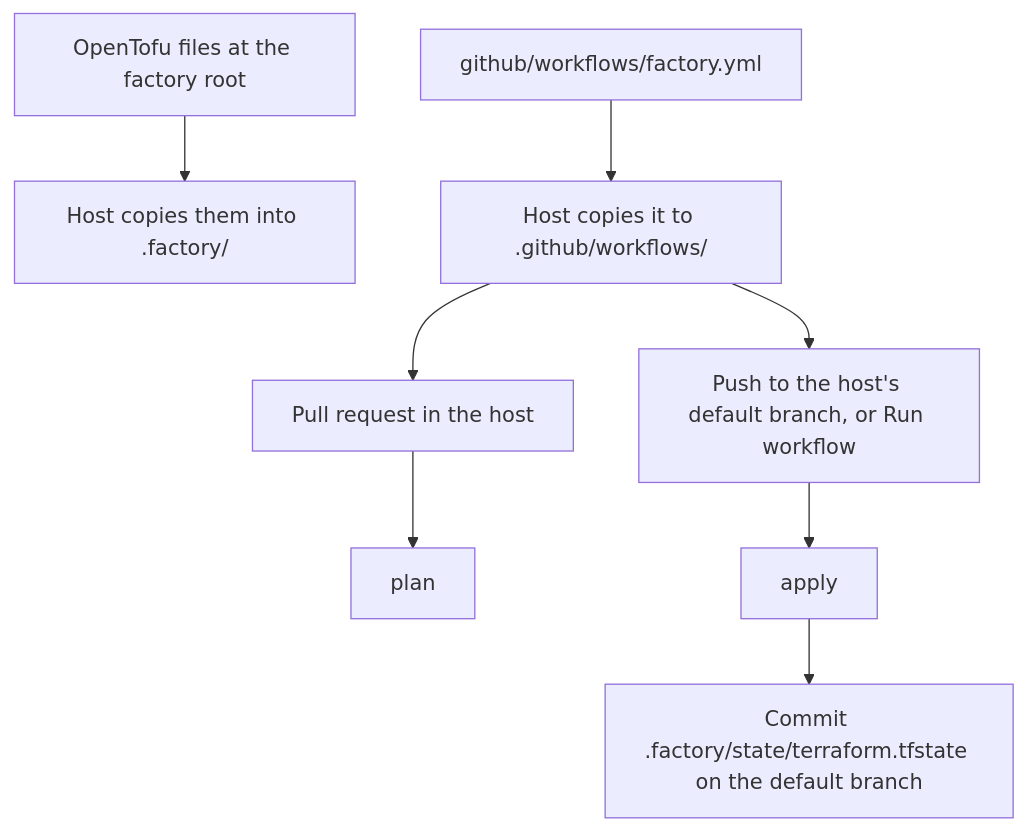
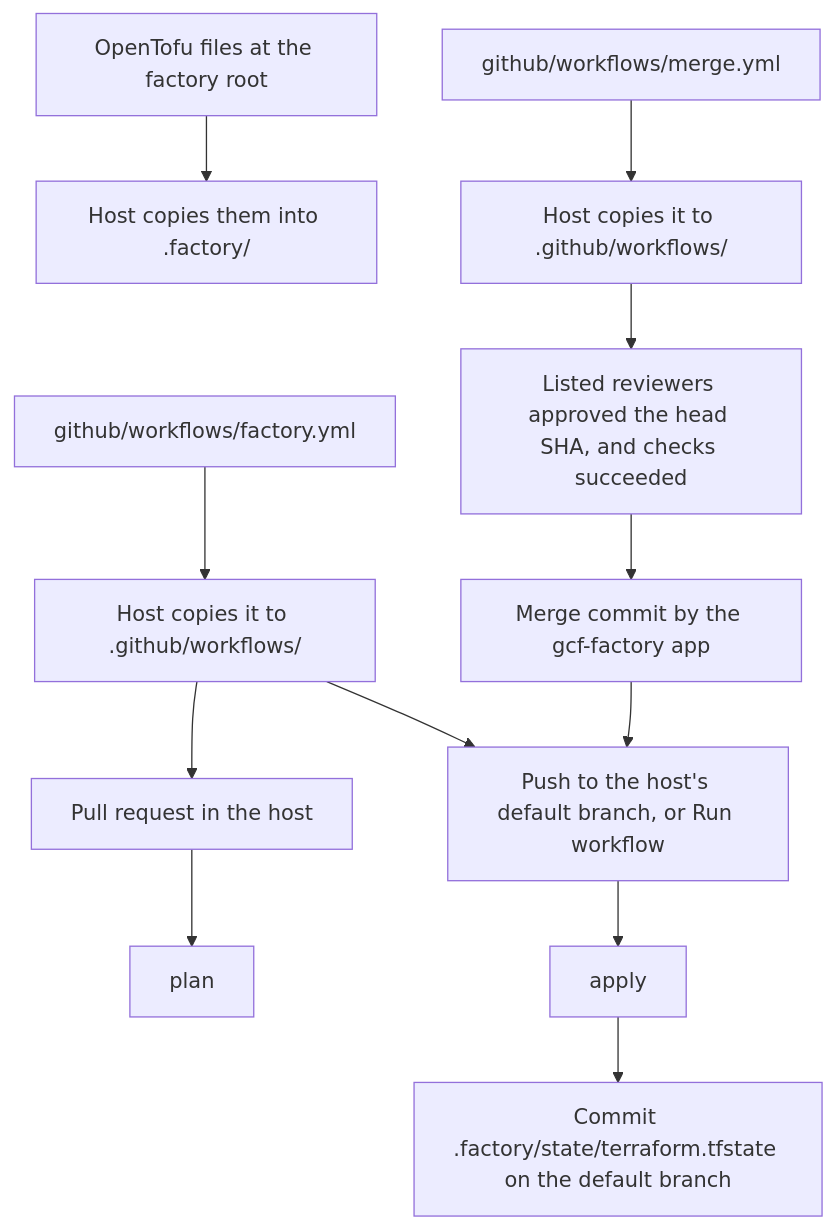
One commit to TigranOhanyan/github-cursor-factory changed the diagram in README.md. Above: the diagram before and after it, drawn with Mermaid. The commit also changed other lines of this file and 4 other files, not shown here.

First line of the commit message:
Add GitHub App manifests and the host merge workflow

````diff
--- a/README.md
+++ b/README.md
@@ -46,10 +51,14 @@
 ```mermaid
 flowchart TD
   files["OpenTofu files at the factory root"] --> dotfactory["Host copies them into .factory/"]
   wf["github/workflows/factory.yml"] --> hostwf["Host copies it to .github/workflows/"]
+  merge["github/workflows/merge.yml"] --> hostmerge["Host copies it to .github/workflows/"]
   hostwf --> pr["Pull request in the host"]
   hostwf --> push["Push to the host's default branch, or Run workflow"]
   pr --> plan["plan"]
   push --> apply["apply"]
   apply --> state["Commit .factory/state/terraform.tfstate on the default branch"]
+  hostmerge --> gate["Listed reviewers approved the head SHA, and checks succeeded"]
+  gate --> mcommit["Merge commit by the gcf-factory app"]
+  mcommit --> push
 ```
````
